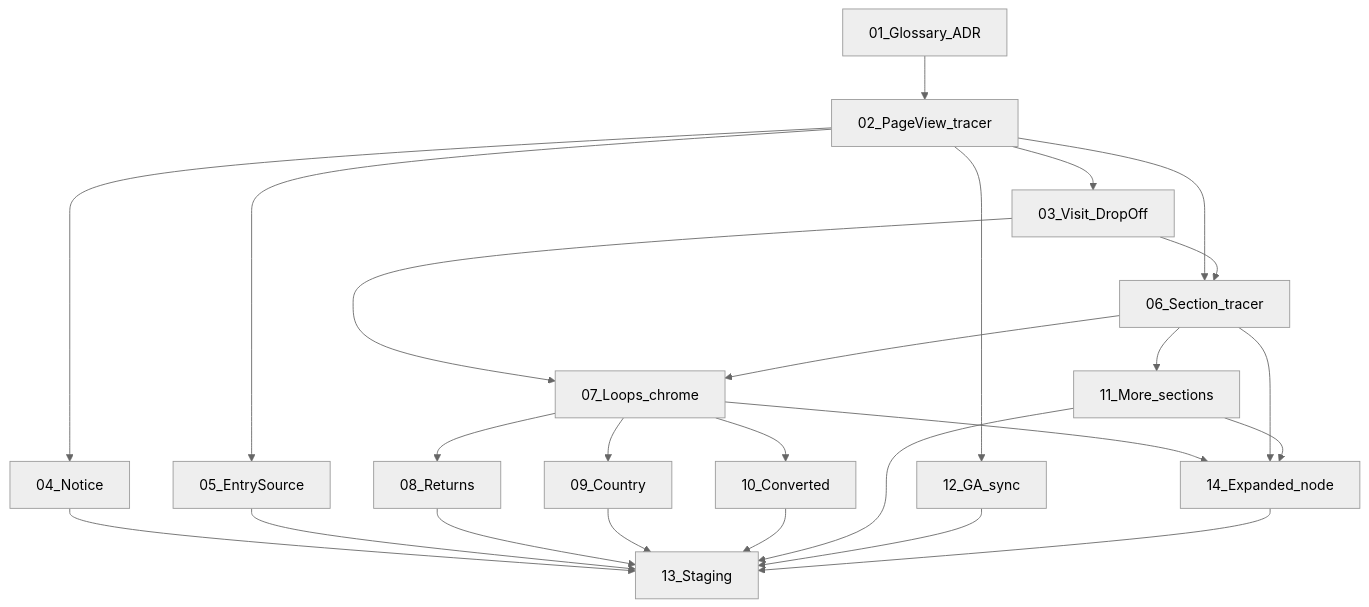
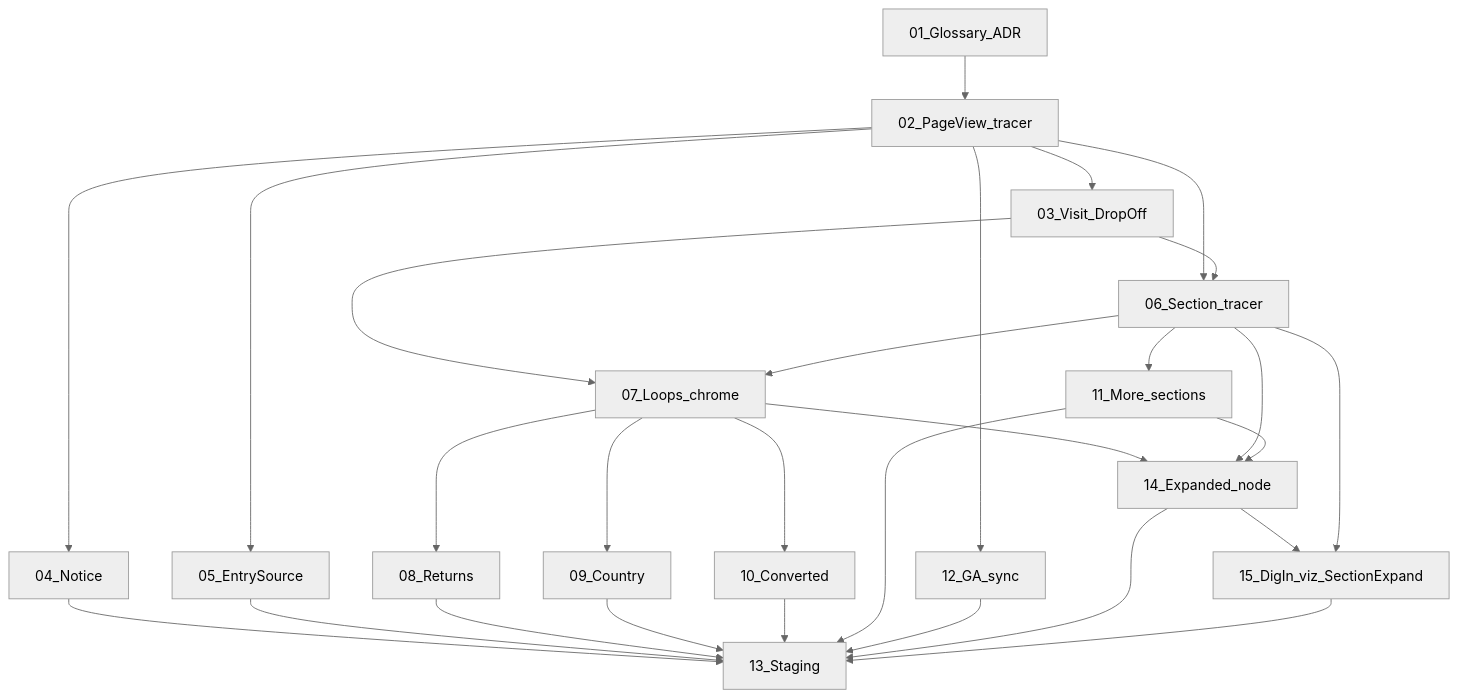
The diagram in .claude/PRD-prospect-journey-analytics/issues/README.md (ivanyeors/mp), drawn with Mermaid (neutral theme) before and after one commit. The commit also changed other lines of this file and 13 other files, not shown here.

First line of the commit message:
feat(analytics): dig-in viz polish and on-node Section expand

````diff
--- a/.claude/PRD-prospect-journey-analytics/issues/README.md
+++ b/.claude/PRD-prospect-journey-analytics/issues/README.md
@@ -28,42 +29,46 @@
 ```mermaid
 graph TD
   s01[01_Glossary_ADR]
   s02[02_PageView_tracer]
   s03[03_Visit_DropOff]
   s04[04_Notice]
   s05[05_EntrySource]
   s06[06_Section_tracer]
   s07[07_Loops_chrome]
   s08[08_Returns]
   s09[09_Country]
   s10[10_Converted]
   s11[11_More_sections]
   s12[12_GA_sync]
   s13[13_Staging]
   s14[14_Expanded_node]
+  s15[15_DigIn_viz_SectionExpand]
 
   s01 --> s02
   s02 --> s03
   s02 --> s04
   s02 --> s05
   s02 --> s12
   s02 --> s06
   s03 --> s06
   s03 --> s07
   s06 --> s07
   s07 --> s08
   s07 --> s09
   s07 --> s10
   s06 --> s11
   s07 --> s14
   s06 --> s14
   s11 --> s14
+  s14 --> s15
+  s06 --> s15
   s04 --> s13
   s05 --> s13
   s08 --> s13
   s09 --> s13
   s10 --> s13
   s11 --> s13
   s12 --> s13
   s14 --> s13
+  s15 --> s13
 ```
````
